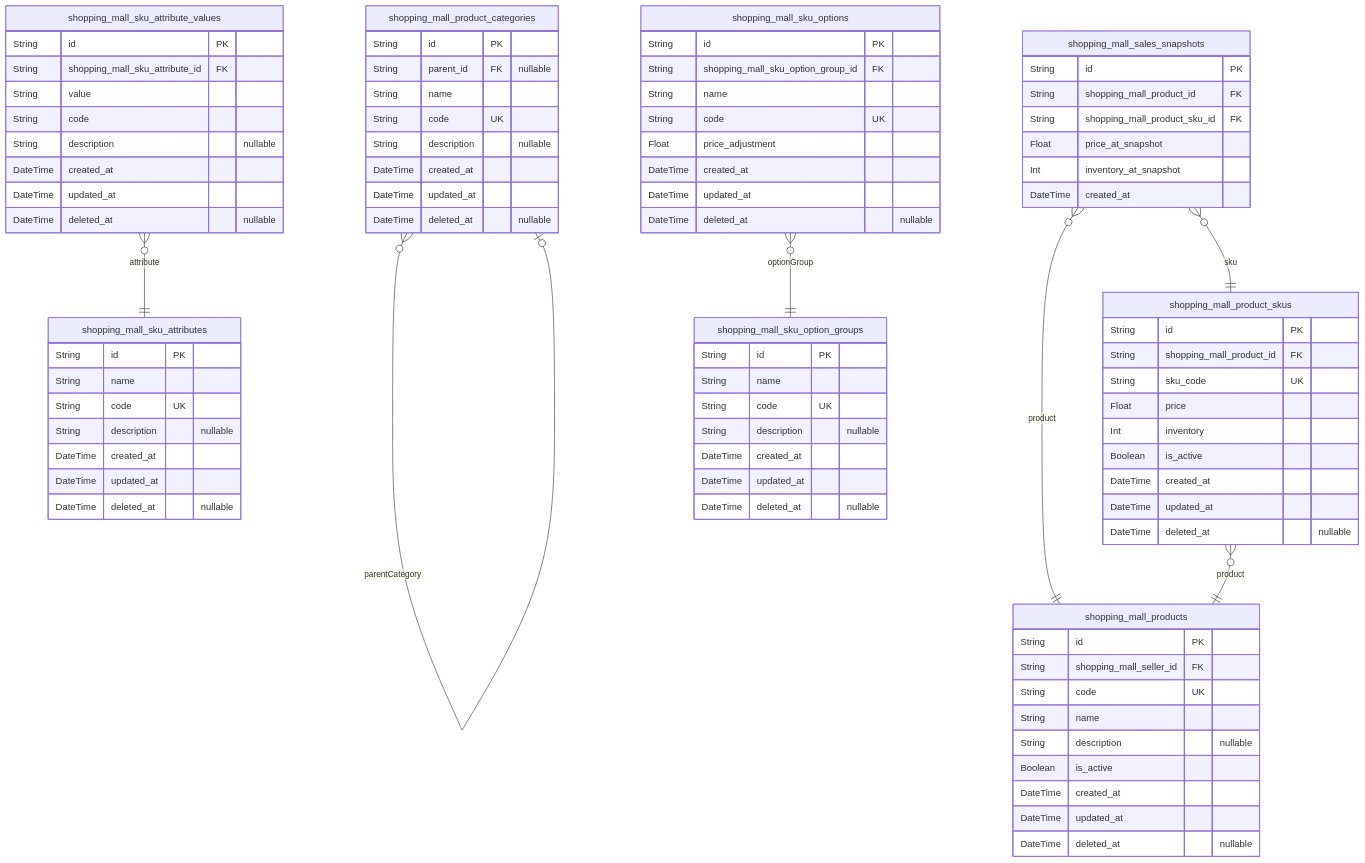
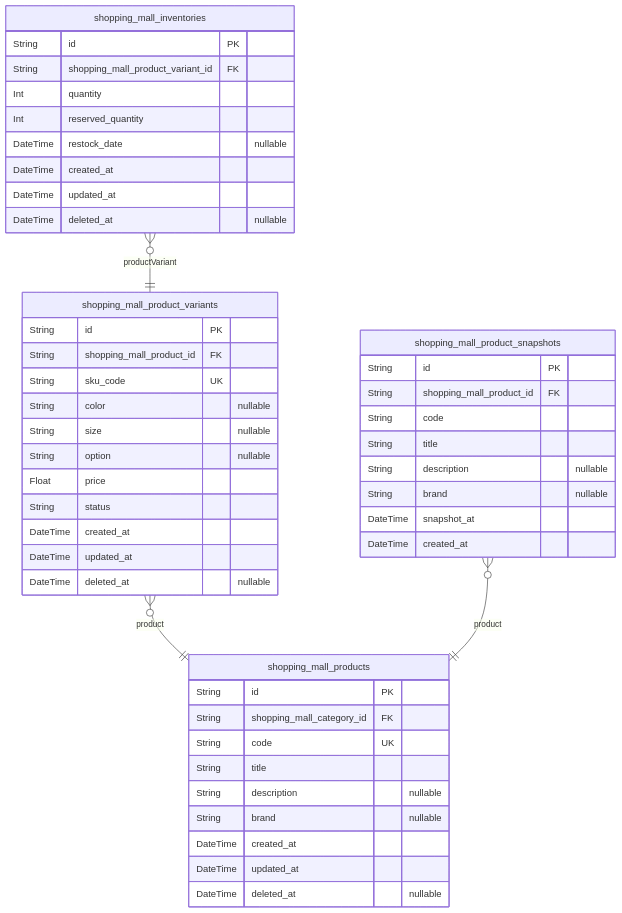
One commit to wrtnlabs/autobe-examples changed the third of 10 diagrams in openai/gpt-4.1-mini/shopping/docs/ERD.md. Above: the diagram before and after it, drawn with Mermaid. The commit also changed other lines of this file and 1553 other files, not shown here.

````diff
--- a/openai/gpt-4.1-mini/shopping/docs/ERD.md
+++ b/openai/gpt-4.1-mini/shopping/docs/ERD.md
@@ -420,86 +332,49 @@
 erDiagram
 "shopping_mall_products" {
   String id PK
-  String shopping_mall_seller_id FK
+  String shopping_mall_category_id FK
   String code UK
-  String name
+  String title
   String description "nullable"
-  Boolean is_active
+  String brand "nullable"
   DateTime created_at
   DateTime updated_at
   DateTime deleted_at "nullable"
 }
-"shopping_mall_product_categories" {
+"shopping_mall_product_variants" {
   String id PK
-  String parent_id FK "nullable"
-  String name
-  String code UK
-  String description "nullable"
+  String shopping_mall_product_id FK
+  String sku_code UK
+  String color "nullable"
+  String size "nullable"
+  String option "nullable"
+  Float price
+  String status
   DateTime created_at
   DateTime updated_at
   DateTime deleted_at "nullable"
 }
-"shopping_mall_product_skus" {
+"shopping_mall_inventories" {
   String id PK
-  String shopping_mall_product_id FK
-  String sku_code UK
-  Float price
-  Int inventory
-  Boolean is_active
+  String shopping_mall_product_variant_id FK
+  Int quantity
+  Int reserved_quantity
+  DateTime restock_date "nullable"
   DateTime created_at
   DateTime updated_at
   DateTime deleted_at "nullable"
 }
-"shopping_mall_sku_attributes" {
-  String id PK
-  String name
-  String code UK
-  String description "nullable"
-  DateTime created_at
-  DateTime updated_at
-  DateTime deleted_at "nullable"
-}
-"shopping_mall_sku_attribute_values" {
-  String id PK
-  String shopping_mall_sku_attribute_id FK
-  String value
-  String code
-  String description "nullable"
-  DateTime created_at
-  DateTime updated_at
-  DateTime deleted_at "nullable"
-}
-"shopping_mall_sku_option_groups" {
-  String id PK
-  String name
-  String code UK
-  String description "nullable"
-  DateTime created_at
-  DateTime updated_at
-  DateTime deleted_at "nullable"
-}
-"shopping_mall_sku_options" {
-  String id PK
-  String shopping_mall_sku_option_group_id FK
-  String name
-  String code UK
-  Float price_adjustment
-  DateTime created_at
-  DateTime updated_at
-  DateTime deleted_at "nullable"
-}
-"shopping_mall_sales_snapshots" {
+"shopping_mall_product_snapshots" {
   String id PK
   String shopping_mall_product_id FK
-  String shopping_mall_product_sku_id FK
-  Float price_at_snapshot
-  Int inventory_at_snapshot
+  String code
+  String title
+  String description "nullable"
+  String brand "nullable"
+  DateTime snapshot_at
   DateTime created_at
 }
-"shopping_mall_product_categories" }o--o| "shopping_mall_product_categories" : parentCategory
-"shopping_mall_product_skus" }o--|| "shopping_mall_products" : product
-"shopping_mall_sku_attribute_values" }o--|| "shopping_mall_sku_attributes" : attribute
-"shopping_mall_sku_options" }o--|| "shopping_mall_sku_option_groups" : optionGroup
-"shopping_mall_sales_snapshots" }o--|| "shopping_mall_products" : product
-"shopping_mall_sales_snapshots" }o--|| "shopping_mall_product_skus" : sku
+"shopping_mall_product_variants" }o--|| "shopping_mall_products" : product
+"shopping_mall_inventories" }o--|| "shopping_mall_product_variants" : productVariant
+"shopping_mall_product_snapshots" }o--|| "shopping_mall_products" : product
 ```
````
